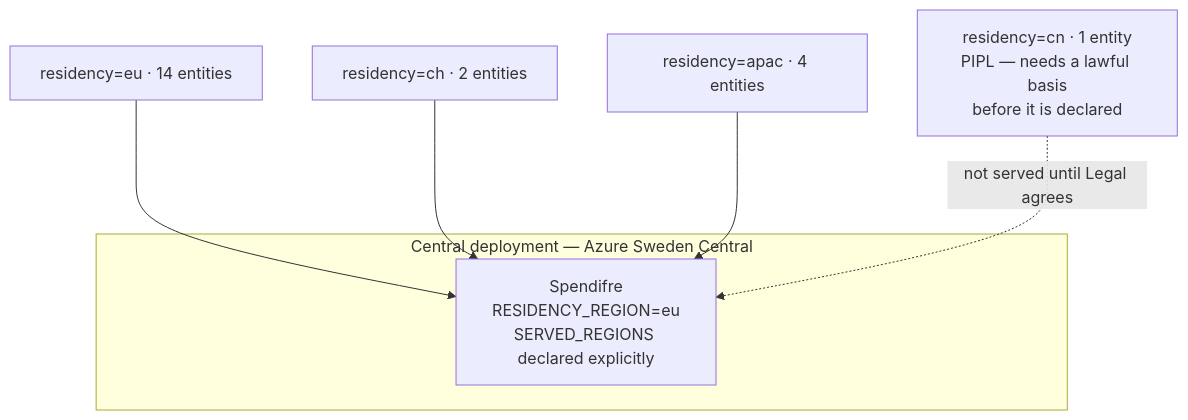
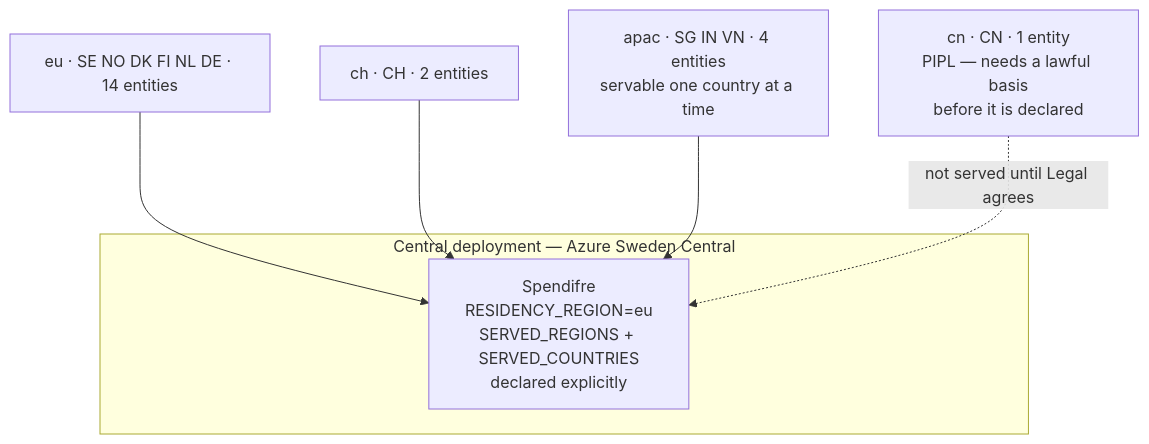
The fifth of 5 diagrams in docs/architecture/hld.md (nicpozent/budget), drawn with Mermaid before and after one commit. The commit also changed other lines of this file and 39 other files, not shown here.

````diff
--- a/docs/architecture/hld.md
+++ b/docs/architecture/hld.md
@@ -234,10 +241,10 @@
 ```mermaid
 flowchart TB
   subgraph central["Central deployment — Azure Sweden Central"]
-    APP["Spendifre<br/>RESIDENCY_REGION=eu<br/>SERVED_REGIONS declared explicitly"]
+    APP["Spendifre<br/>RESIDENCY_REGION=eu<br/>SERVED_REGIONS + SERVED_COUNTRIES<br/>declared explicitly"]
   end
-  EU["residency=eu · 14 entities"] --> APP
-  CH["residency=ch · 2 entities"] --> APP
-  AP["residency=apac · 4 entities"] --> APP
-  CN["residency=cn · 1 entity<br/>PIPL — needs a lawful basis<br/>before it is declared"] -.->|not served until Legal agrees| APP
+  EU["eu · SE NO DK FI NL DE · 14 entities"] --> APP
+  CH["ch · CH · 2 entities"] --> APP
+  AP["apac · SG IN VN · 4 entities<br/>servable one country at a time"] --> APP
+  CN["cn · CN · 1 entity<br/>PIPL — needs a lawful basis<br/>before it is declared"] -.->|not served until Legal agrees| APP
 ```
````
